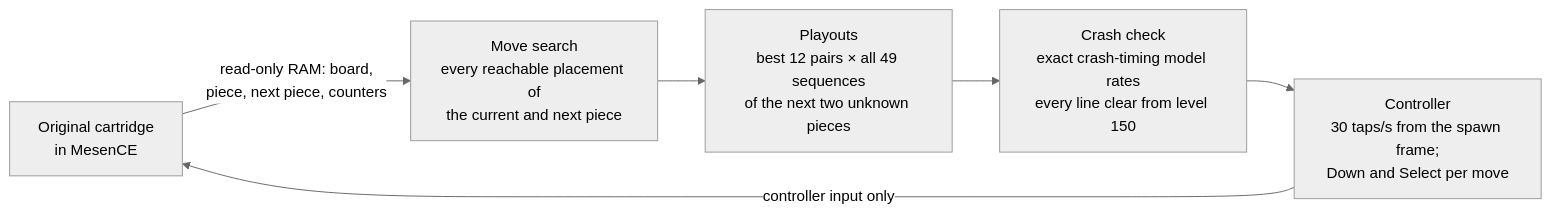
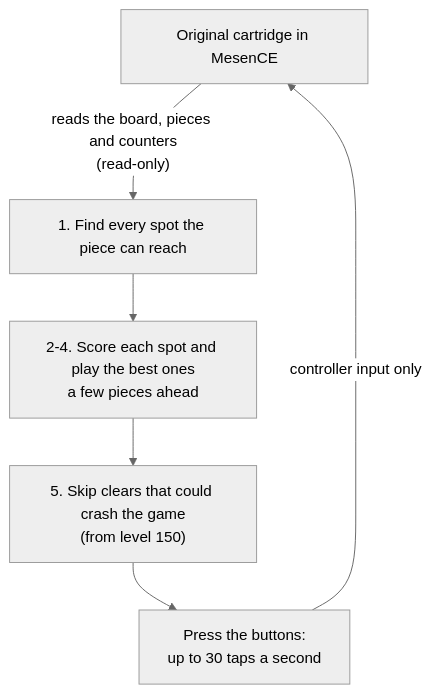
One commit to AndreKalberer/nes-tetris-ai changed the diagram in README.md. Above: the diagram before and after it, drawn with Mermaid (neutral theme). The commit also changed other lines of this file and 6 other files, not shown here.

````diff
--- a/README.md
+++ b/README.md
@@ -27,8 +27,8 @@
 ```mermaid
-flowchart LR
-    ROM["Original cartridge<br/>in MesenCE"] -->|"read-only RAM: board,<br/>piece, next piece, counters"| SEARCH
-    SEARCH["Move search<br/>every reachable placement of<br/>the current and next piece"] --> PLAY
-    PLAY["Playouts<br/>best 12 pairs × all 49 sequences<br/>of the next two unknown pieces"] --> CRASH
-    CRASH["Crash check<br/>exact crash-timing model rates<br/>every line clear from level 150"] --> CTRL
-    CTRL["Controller<br/>30 taps/s from the spawn frame;<br/>Down and Select per move"] -->|"controller input only"| ROM
+flowchart TD
+    ROM["Original cartridge in MesenCE"] -->|"reads the board, pieces and counters<br/>(read-only)"| SEARCH
+    SEARCH["1. Find every spot the piece can reach"] --> PLAY
+    PLAY["2-4. Score each spot and play the best ones<br/>a few pieces ahead"] --> CRASH
+    CRASH["5. Skip clears that could crash the game<br/>(from level 150)"] --> CTRL
+    CTRL["Press the buttons:<br/>up to 30 taps a second"] -->|"controller input only"| ROM
 ```
````
